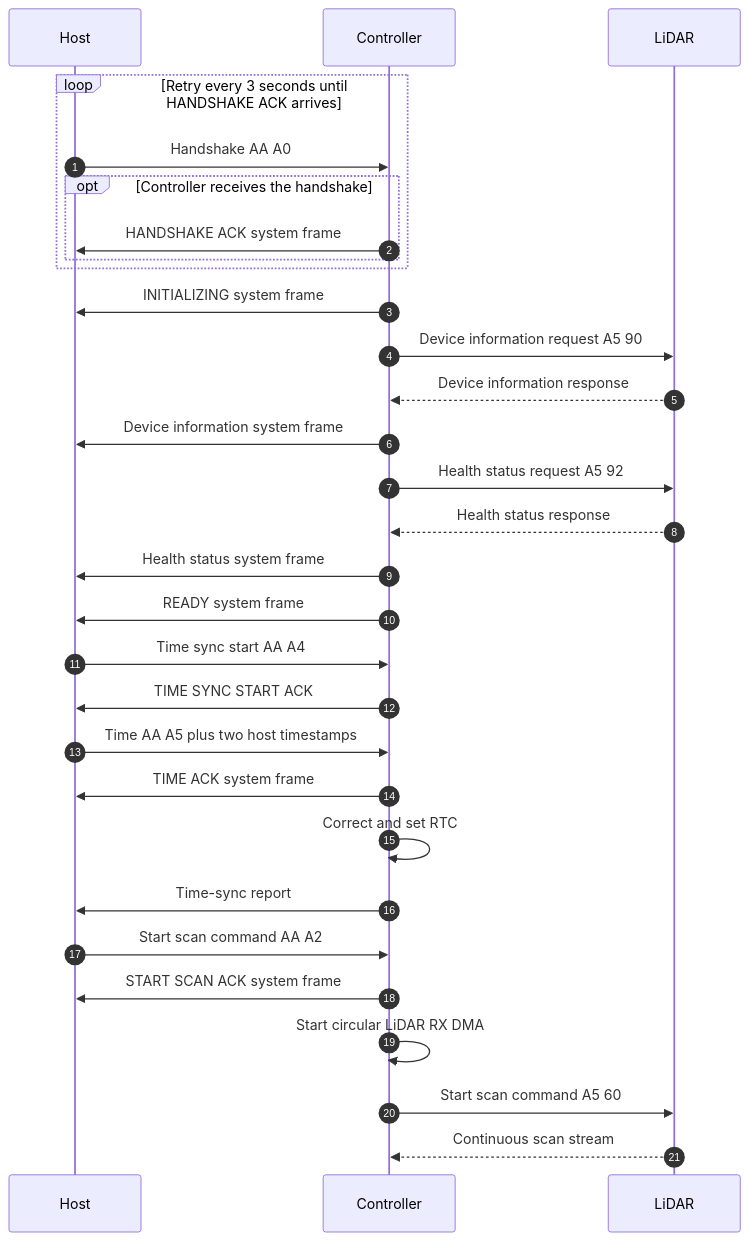
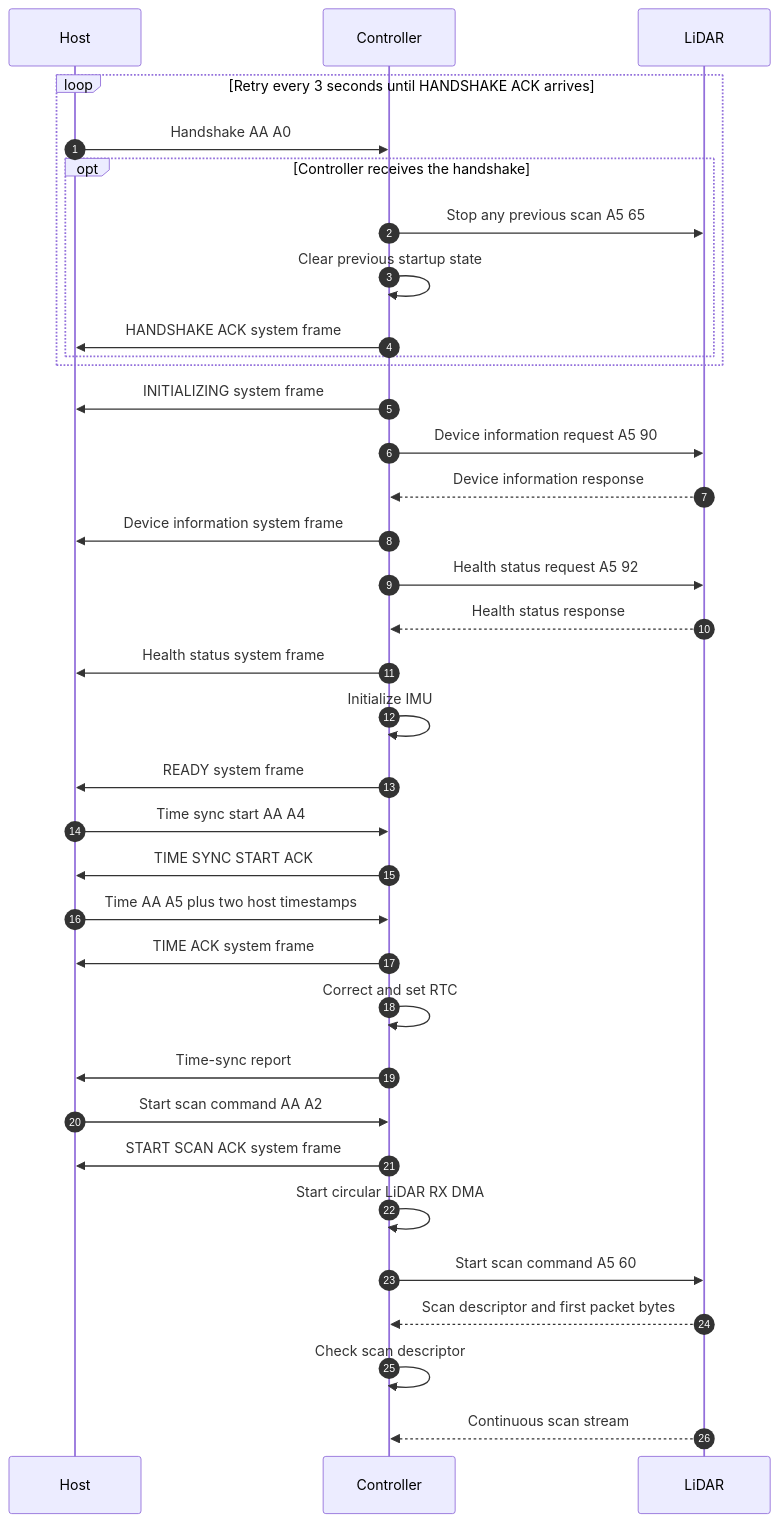
Before and after one commit to kei185/sensor-echo: the first of 5 diagrams in docs/frame.md, drawn with Mermaid. The commit also changed other lines of this file and 14 other files, not shown here.

````diff
--- a/docs/frame.md
+++ b/docs/frame.md
@@ -13,33 +15,38 @@
 ```mermaid
 sequenceDiagram
     autonumber
     participant Host
     participant Controller
     participant LiDAR
 
     loop Retry every 3 seconds until HANDSHAKE ACK arrives
         Host->>Controller: Handshake AA A0
         opt Controller receives the handshake
+            Controller->>LiDAR: Stop any previous scan A5 65
+            Controller->>Controller: Clear previous startup state
             Controller->>Host: HANDSHAKE ACK system frame
         end
     end
     Controller->>Host: INITIALIZING system frame
     Controller->>LiDAR: Device information request A5 90
     LiDAR-->>Controller: Device information response
     Controller->>Host: Device information system frame
     Controller->>LiDAR: Health status request A5 92
     LiDAR-->>Controller: Health status response
     Controller->>Host: Health status system frame
+    Controller->>Controller: Initialize IMU
     Controller->>Host: READY system frame
     Host->>Controller: Time sync start AA A4
     Controller->>Host: TIME SYNC START ACK
     Host->>Controller: Time AA A5 plus two host timestamps
     Controller->>Host: TIME ACK system frame
     Controller->>Controller: Correct and set RTC
     Controller->>Host: Time-sync report
     Host->>Controller: Start scan command AA A2
     Controller->>Host: START SCAN ACK system frame
     Controller->>Controller: Start circular LiDAR RX DMA
     Controller->>LiDAR: Start scan command A5 60
+    LiDAR-->>Controller: Scan descriptor and first packet bytes
+    Controller->>Controller: Check scan descriptor
     LiDAR-->>Controller: Continuous scan stream
 ```
````
